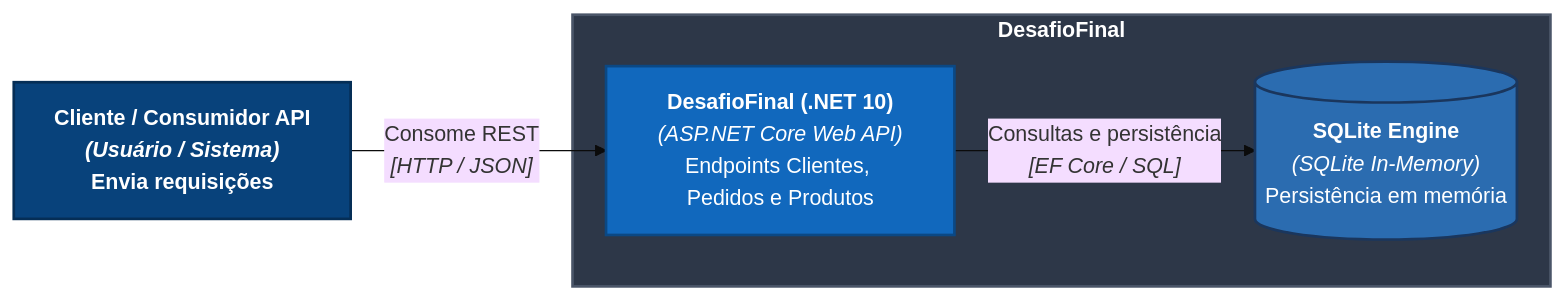
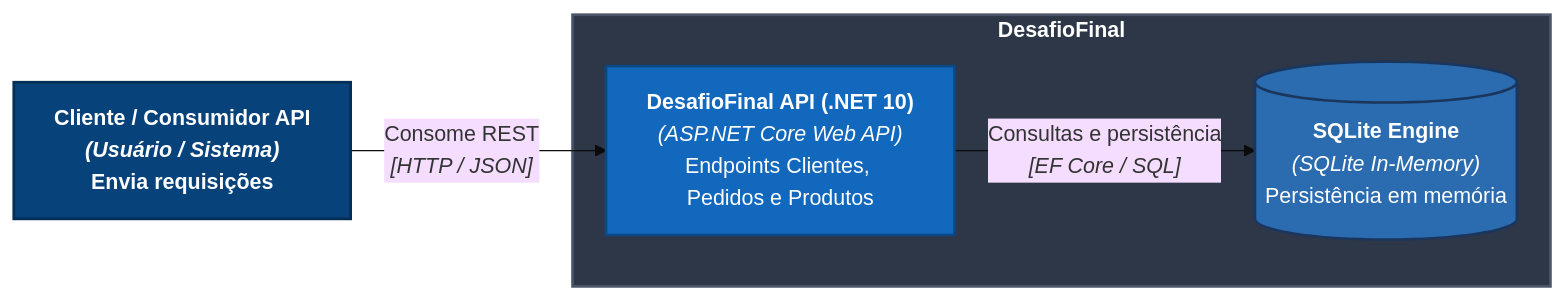
One commit to JuliermeCosta/DesafioFinal changed the second of 3 diagrams in README.md. Above: the diagram before and after it, drawn with Mermaid (base theme). The commit also changed other lines of this file, not shown here.

````diff
--- a/README.md
+++ b/README.md
@@ -24,23 +24,23 @@
 ```mermaid
 flowchart LR
     classDef boundaryStyle fill:#2d3748,stroke:#4a5568,stroke-width:2px,color:#fff,font-weight:bold;
     classDef actorStyle fill:#08427b,stroke:#052e56,stroke-width:2px,color:#fff,font-weight:bold;
     classDef containerStyle fill:#1168bd,stroke:#0b4884,stroke-width:2px,color:#fff;
     classDef dbStyle fill:#2b6cb0,stroke:#1a365d,stroke-width:2px,color:#fff;
 
     Cliente["<b>Cliente / Consumidor API</b><br/><i>(Usuário / Sistema)</i><br/>Envia requisições"]
 
     subgraph SystemBoundary ["DesafioFinal"]
-        API["<b>DesafioFinal (.NET 10)</b><br/><i>(ASP.NET Core Web API)</i><br/>Endpoints Clientes, Pedidos e Produtos"]
+        API["<b>DesafioFinal API (.NET 10)</b><br/><i>(ASP.NET Core Web API)</i><br/>Endpoints Clientes, Pedidos e Produtos"]
             
         SQLite[("<b>SQLite Engine</b><br/><i>(SQLite In-Memory)</i><br/>Persistência em memória")]
     end
 
     class Title,SystemBoundary boundaryStyle;
     class Cliente actorStyle;
     class API containerStyle;
     class SQLite dbStyle;
 
     Cliente -->|"Consome REST<br/><i>[HTTP / JSON]</i>"| API
     API -->|"Consultas e persistência<br/><i>[EF Core / SQL]</i>"| SQLite
 ```
````
